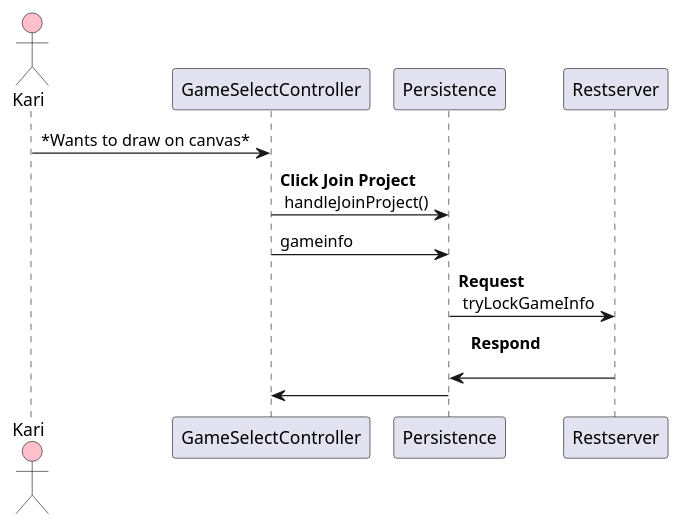
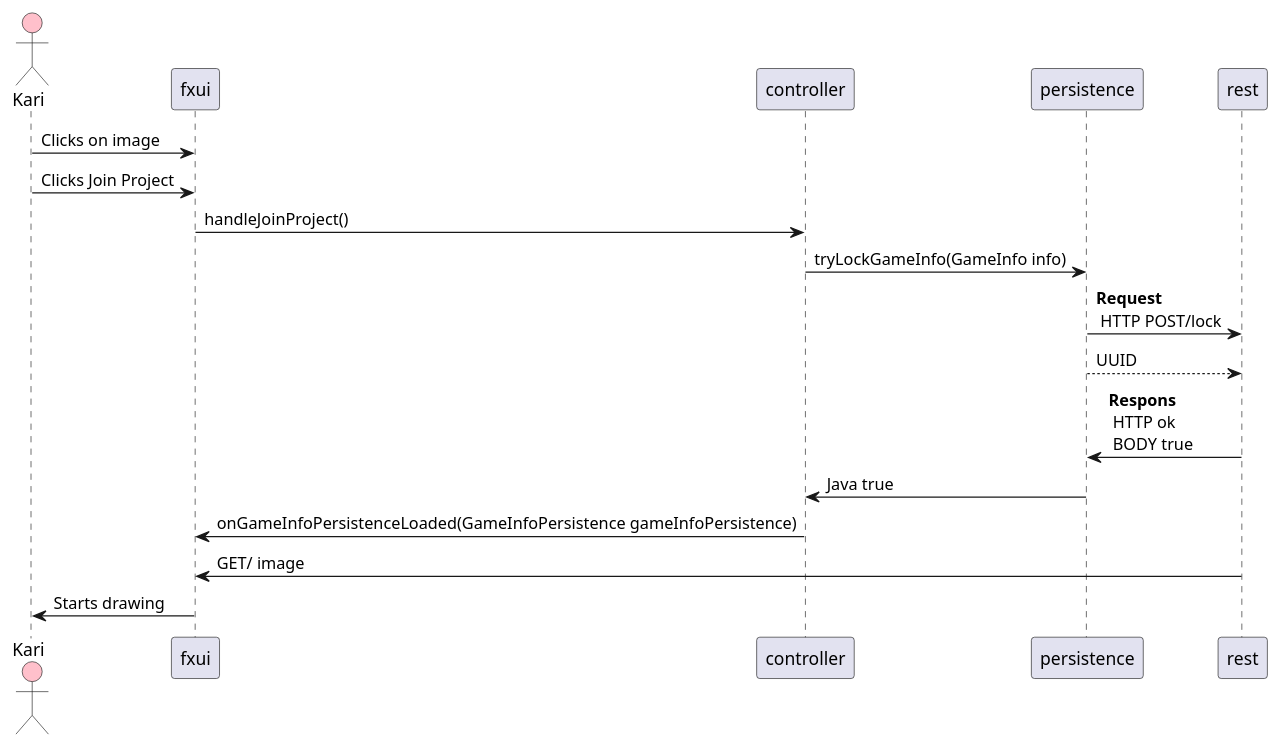
The first of 2 diagrams in notpaint/sequence.puml (erlenelo/NotPaint), drawn with PlantUML before and after one commit. The commit also changed other lines of this file, not shown here.

Commit message:
Finished drawing plantuml sequence diagram

```diff
--- a/notpaint/sequence.puml
+++ b/notpaint/sequence.puml
@@ -1,17 +1,25 @@
-@startuml sequence
+@startuml sequence Kari
 
 actor Kari #Pink
 
-Kari -> GameSelectController: *Wants to draw on canvas*
-GameSelectController -> Persistence: **Click Join Project** \n handleJoinProject()
-GameSelectController -> Persistence: gameinfo 
+Kari -> fxui: Clicks on image
+Kari -> fxui: Clicks Join Project
 
-Persistence -> Restserver: **Request** \n tryLockGameInfo
+fxui -> controller: handleJoinProject()
 
-Restserver -> Persistence: **Respond** \n 
-Persistence -> GameSelectController:
- 
- 
+controller -> persistence: tryLockGameInfo(GameInfo info)
 
+persistence -> rest: **Request** \n HTTP POST/lock 
+persistence --> rest: UUID
+
+rest -> persistence: **Respons** \n HTTP ok \n BODY true
+
+persistence -> controller: Java true
+
+controller -> fxui: onGameInfoPersistenceLoaded(GameInfoPersistence gameInfoPersistence)
+
+rest -> fxui: GET/ image
+
+fxui -> Kari: Starts drawing
  
 @enduml
```
